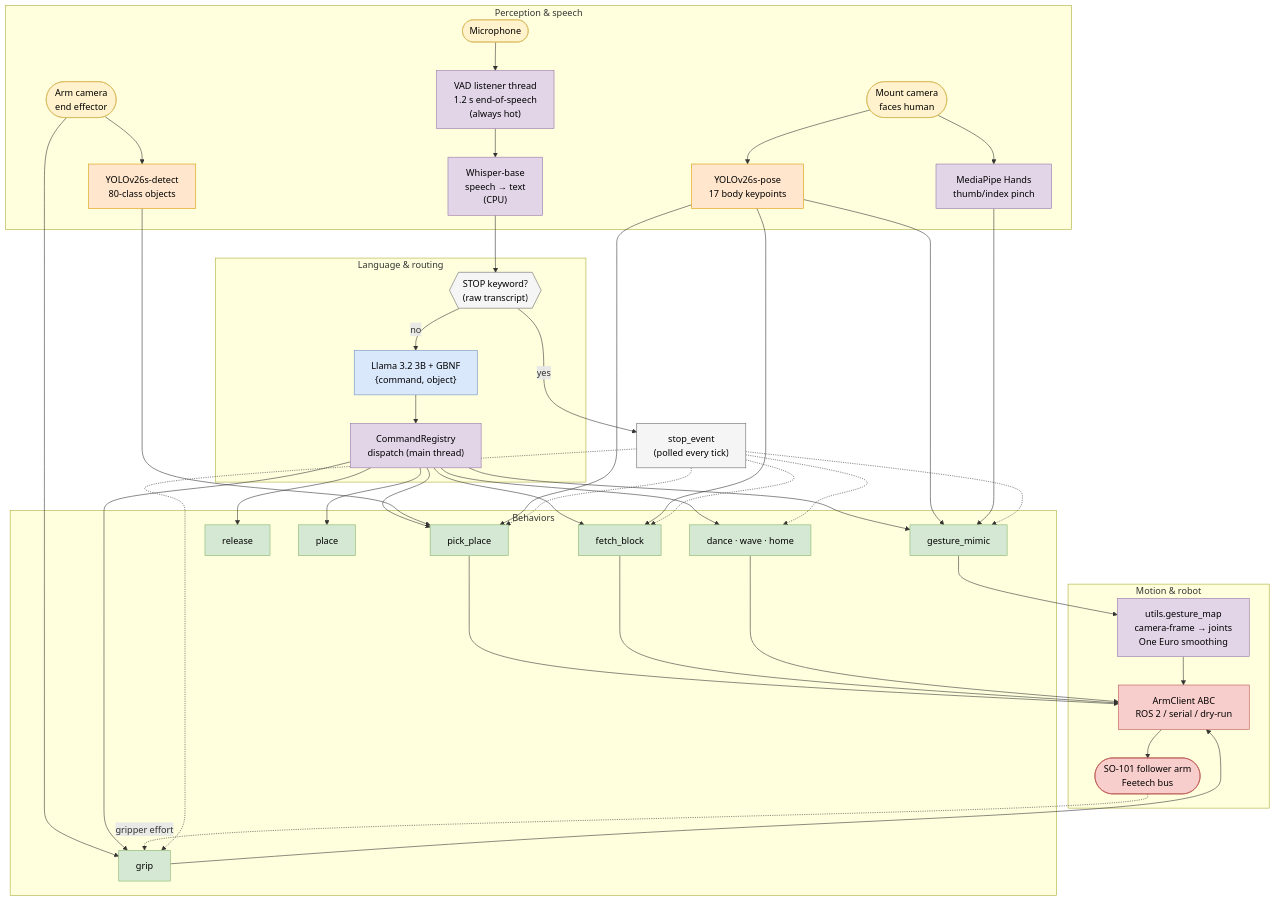
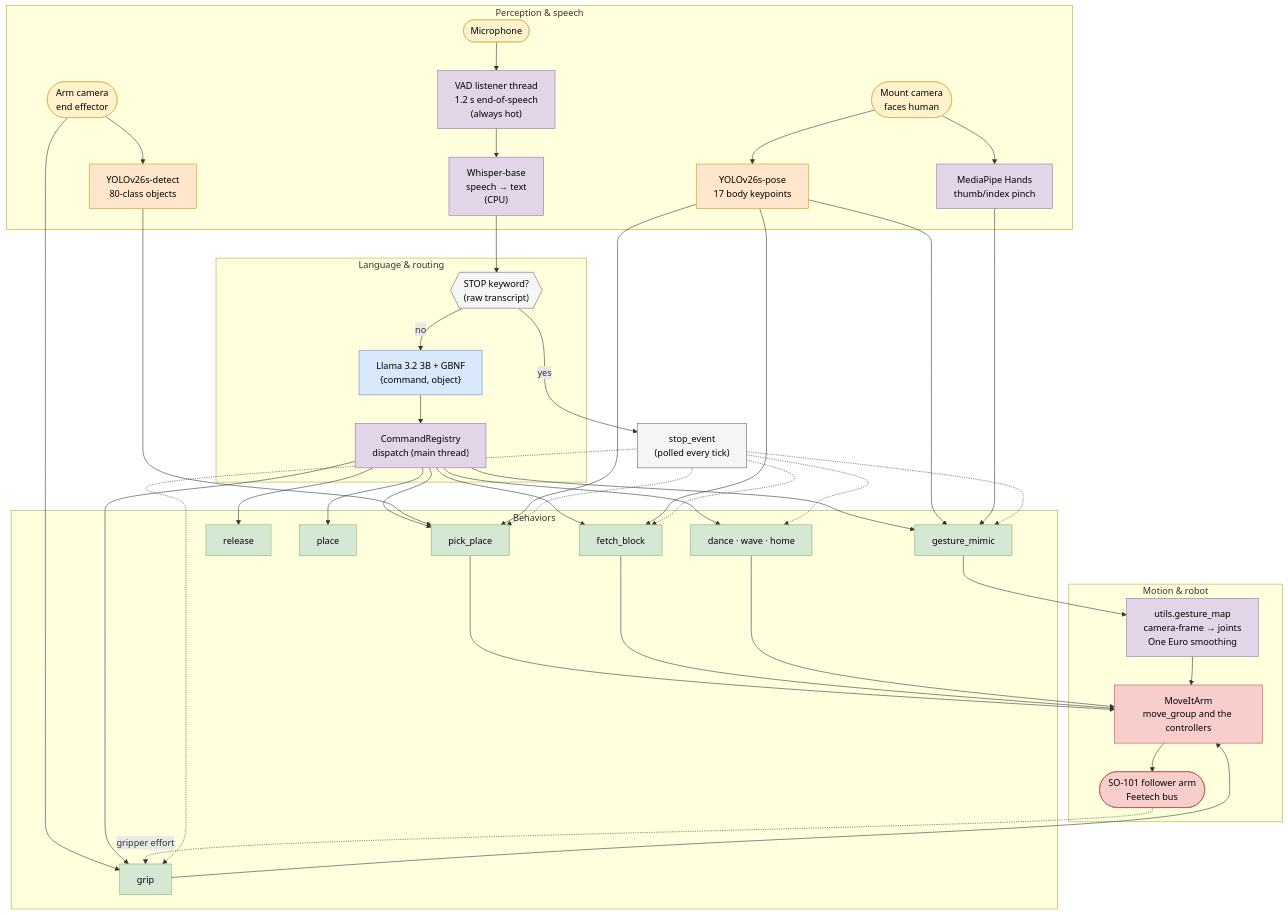
One commit to ThomasGmeinder/embedded-x86-ai changed the first of 3 diagrams in workshops/vvla-pipeline/README.md. Above: the diagram before and after it, drawn with Mermaid. The commit also changed other lines of this file and 22 other files, not shown here.

````diff
--- a/workshops/vvla-pipeline/README.md
+++ b/workshops/vvla-pipeline/README.md
@@ -12,73 +12,73 @@
 ```mermaid
 flowchart TB
     subgraph SENSE["Perception &amp; speech"]
         MIC([Microphone]):::io
         MOUNTCAM([Mount camera<br/>faces human]):::io
         ARMCAM([Arm camera<br/>end effector]):::io
 
         VAD["VAD listener thread<br/>1.2 s end-of-speech<br/>(always hot)"]:::cpu
         WHISPER["Whisper-base<br/>speech → text<br/>(CPU)"]:::cpu
         POSE["YOLOv26s-pose<br/>17 body keypoints"]:::npu
         DETECT["YOLOv26s-detect<br/>80-class objects"]:::npu
         HANDS["MediaPipe Hands<br/>thumb/index pinch"]:::cpu
     end
 
     subgraph THINK["Language &amp; routing"]
         STOPCHK{{"STOP keyword?<br/>(raw transcript)"}}:::gate
         LLAMA["Llama 3.2 3B + GBNF<br/>{command, object}"]:::gpu
         REG["CommandRegistry<br/>dispatch (main thread)"]:::cpu
     end
 
     subgraph ACT["Behaviors"]
         MIMIC["gesture_mimic"]:::beh
         PICK["pick_place"]:::beh
         FETCH["fetch_block"]:::beh
         GRIP["grip"]:::beh
         RELEASE["release"]:::beh
         PLACE["place"]:::beh
         OTHER["dance · wave · home"]:::beh
     end
 
     subgraph MOVE["Motion &amp; robot"]
         RETARGET["utils.gesture_map<br/>camera-frame → joints<br/>One Euro smoothing"]:::cpu
-        ARMCLIENT["ArmClient ABC<br/>ROS 2 / serial / dry-run"]:::robot
+        MOVEIT["MoveItArm<br/>move_group and the controllers"]:::robot
         ARM([SO-101 follower arm<br/>Feetech bus]):::robot
     end
 
     STOPEVENT["stop_event<br/>(polled every tick)"]:::gate
 
     MIC --> VAD --> WHISPER --> STOPCHK
     STOPCHK -- "no" --> LLAMA --> REG
     STOPCHK -- "yes" --> STOPEVENT
 
     MOUNTCAM --> POSE
     MOUNTCAM --> HANDS
     ARMCAM --> DETECT
     ARMCAM --> GRIP
 
     REG --> MIMIC & PICK & FETCH & GRIP & RELEASE & PLACE & OTHER
 
     POSE --> MIMIC
     HANDS --> MIMIC
     DETECT --> PICK
     POSE --> PICK
     POSE --> FETCH
 
-    MIMIC --> RETARGET --> ARMCLIENT
-    PICK --> ARMCLIENT
-    FETCH --> ARMCLIENT
-    GRIP --> ARMCLIENT
-    OTHER --> ARMCLIENT
-    ARMCLIENT --> ARM
+    MIMIC --> RETARGET --> MOVEIT
+    PICK --> MOVEIT
+    FETCH --> MOVEIT
+    GRIP --> MOVEIT
+    OTHER --> MOVEIT
+    MOVEIT --> ARM
     ARM -. "gripper effort" .-> GRIP
 
     STOPEVENT -.-> MIMIC & PICK & FETCH & GRIP & OTHER
 
     classDef npu fill:#ffe6cc,stroke:#d79b00,color:#000;
     classDef gpu fill:#dae8fc,stroke:#6c8ebf,color:#000;
     classDef cpu fill:#e1d5e7,stroke:#9673a6,color:#000;
     classDef beh fill:#d5e8d4,stroke:#82b366,color:#000;
     classDef robot fill:#f8cecc,stroke:#b85450,color:#000;
     classDef io fill:#fff2cc,stroke:#d6b656,color:#000;
     classDef gate fill:#f5f5f5,stroke:#666,color:#000;
 ```
````
